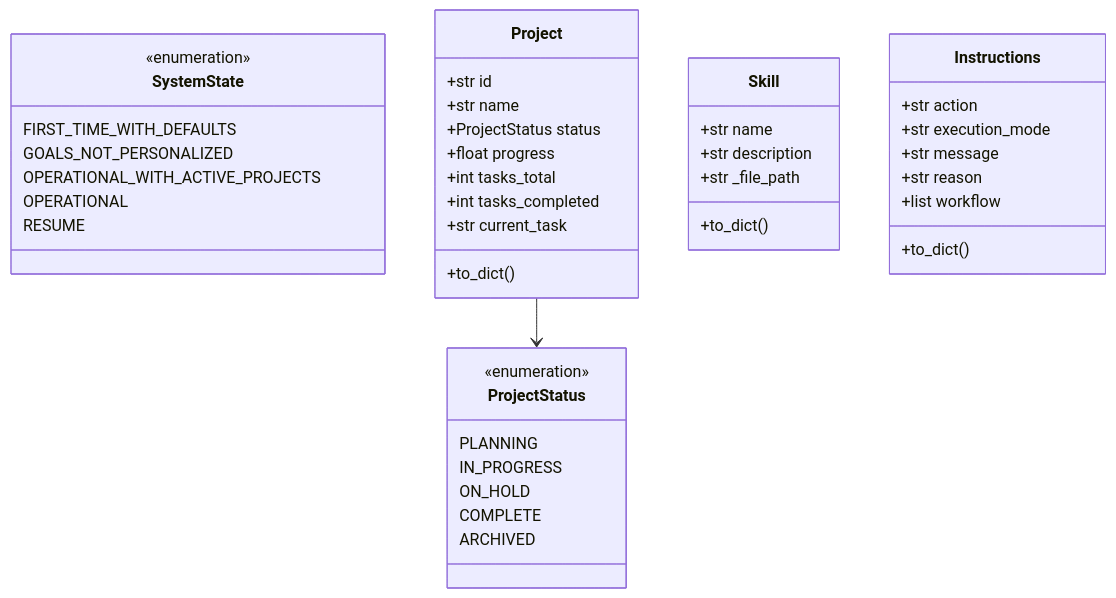
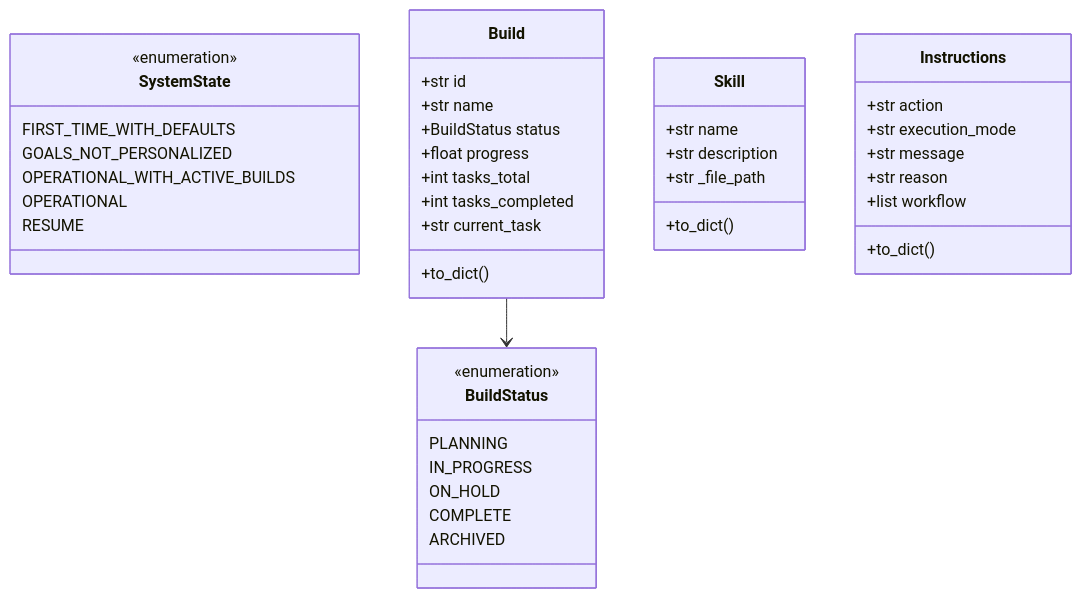
One commit to DorianSchlede/nexus-template changed the seventh of 7 diagrams in 00-system/core/nexus/ARCHITECTURE.md. Above: the diagram before and after it, drawn with Mermaid. The commit also changed other lines of this file and 607 other files, not shown here.

First line of the commit message:
Nexus v5: Complete system overhaul - builds replace projects

````diff
--- a/00-system/core/nexus/ARCHITECTURE.md
+++ b/00-system/core/nexus/ARCHITECTURE.md
@@ -355,49 +355,49 @@
 ```mermaid
 classDiagram
     class SystemState {
         <<enumeration>>
         FIRST_TIME_WITH_DEFAULTS
         GOALS_NOT_PERSONALIZED
-        OPERATIONAL_WITH_ACTIVE_PROJECTS
+        OPERATIONAL_WITH_ACTIVE_BUILDS
         OPERATIONAL
         RESUME
     }
 
-    class ProjectStatus {
+    class BuildStatus {
         <<enumeration>>
         PLANNING
         IN_PROGRESS
         ON_HOLD
         COMPLETE
         ARCHIVED
     }
 
-    class Project {
+    class Build {
         +str id
         +str name
-        +ProjectStatus status
+        +BuildStatus status
         +float progress
         +int tasks_total
         +int tasks_completed
         +str current_task
         +to_dict()
     }
 
     class Skill {
         +str name
         +str description
         +str _file_path
         +to_dict()
     }
 
     class Instructions {
         +str action
         +str execution_mode
         +str message
         +str reason
         +list workflow
         +to_dict()
     }
 
-    Project --> ProjectStatus
+    Build --> BuildStatus
 ```
````
